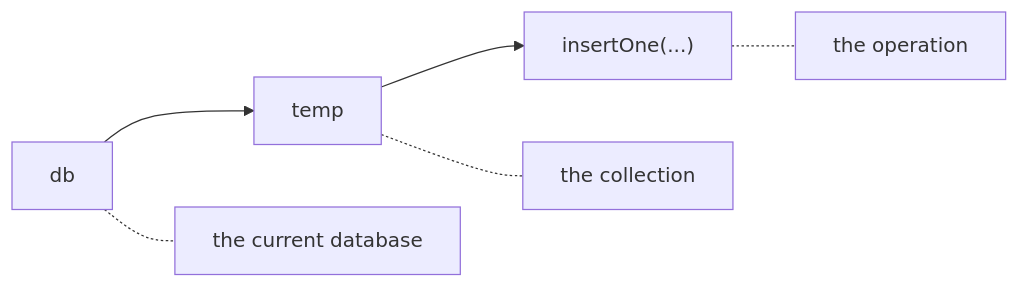
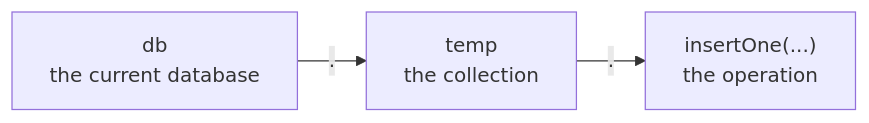
One commit to Dummy-Bug/system-design-handbook changed the first of 2 diagrams in Backend Engineering/MongoDB/02-The-Shell-And-Collections.md. Above: the diagram before and after it, drawn with Mermaid. The commit also changed other lines of this file and 31 other files, not shown here.

````diff
--- a/Backend Engineering/MongoDB/02-The-Shell-And-Collections.md
+++ b/Backend Engineering/MongoDB/02-The-Shell-And-Collections.md
@@ -55,8 +55,8 @@
 ```mermaid
 flowchart LR
-    A["db"] --> B["temp"]
-    B --> C["insertOne(...)"]
-    A -.- D["the current database"]
-    B -.- E["the collection"]
-    C -.- F["the operation"]
+    A["db
+    the current database"] -->|"."| B["temp
+    the collection"]
+    B -->|"."| C["insertOne(...)
+    the operation"]
 ```
````
